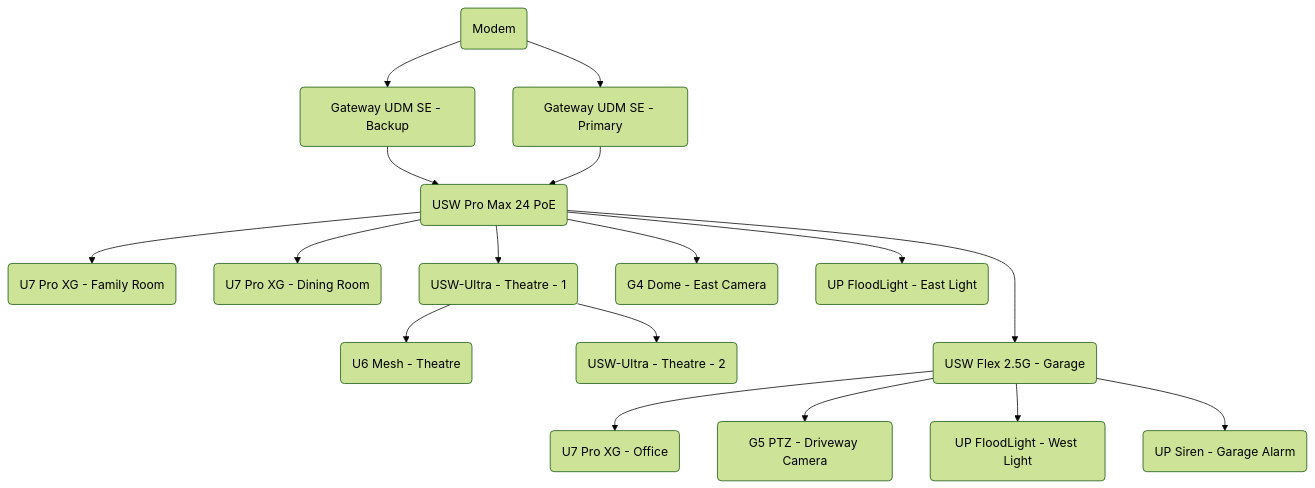
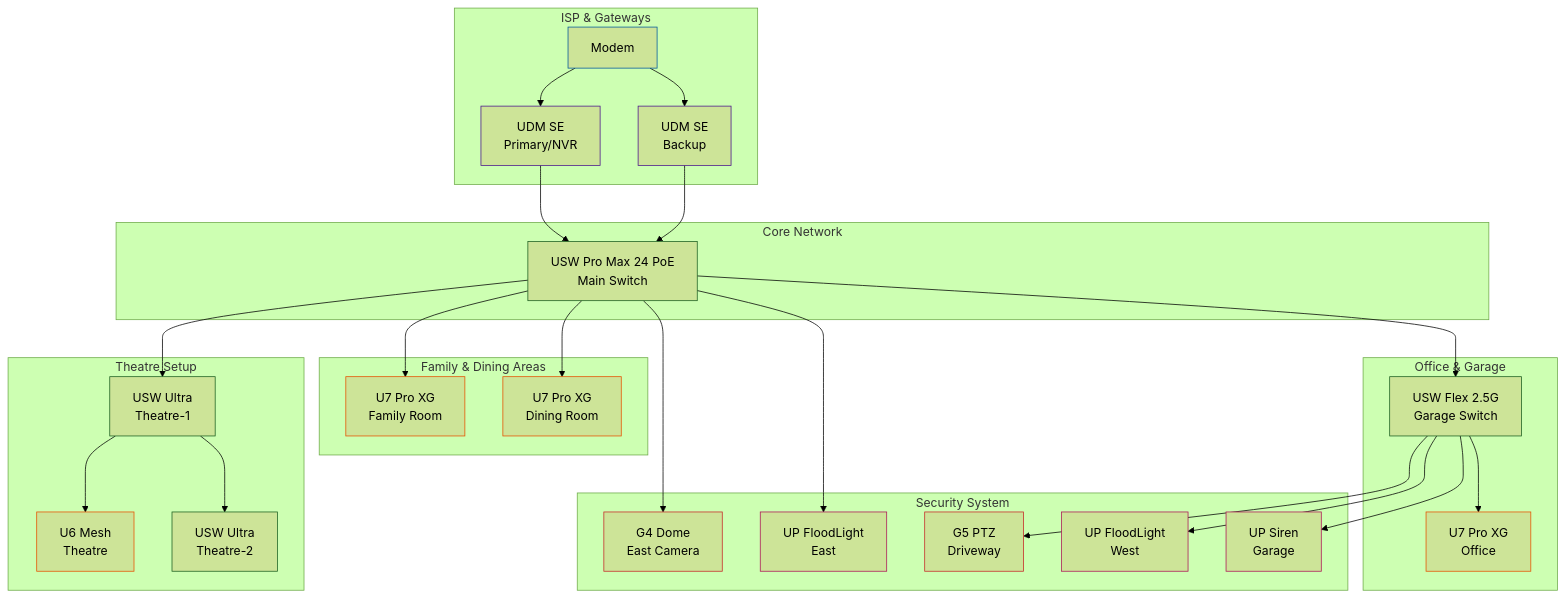
Before and after one commit to jaredfiorali/infrastructure: the third of 3 diagrams in README.md, drawn with Mermaid (forest theme). The commit also changed other lines of this file, not shown here.

Commit message:
Chart clarity updates

````diff
--- a/README.md
+++ b/README.md
@@ -243,19 +280,69 @@
 ```mermaid
 graph TD
-    A(Modem) --> B(Gateway UDM SE - Backup)
-    A(Modem) --> C(Gateway UDM SE - Primary)
-    B(Gateway UDM SE - Backup) --> D(USW Pro Max 24 PoE)
-    C(Gateway UDM SE - Primary) --> D(USW Pro Max 24 PoE)
-    D(USW Pro Max 24 PoE) --> E(U7 Pro XG - Family Room)
-    D(USW Pro Max 24 PoE) --> F(U7 Pro XG - Dining Room)
-    D(USW Pro Max 24 PoE) --> G(USW-Ultra - Theatre)
-    G(USW-Ultra - Theatre) --> H(U6 Mesh - Theatre)
-    G(USW-Ultra - Theatre - 1) --> O(USW-Ultra - Theatre - 2)
-    D(USW Pro Max 24 PoE) --> I(G4 Dome - East Camera)
-    D(USW Pro Max 24 PoE) --> J(UP FloodLight - East Light)
-    D(USW Pro Max 24 PoE) ---> K(USW Flex 2.5G - Garage)
-    K(USW Flex 2.5G - Garage) --> L(U7 Pro XG - Office)
-    K(USW Flex 2.5G - Garage) --> M(G5 PTZ - Driveway Camera)
-    K(USW Flex 2.5G - Garage) --> N(UP FloodLight - West Light)
-    K(USW Flex 2.5G - Garage) --> P(UP Siren - Garage Alarm)
+    subgraph "ISP & Gateways"
+        A[Modem]:::isp
+        B[UDM SE<br>Backup]:::gateway
+        C[UDM SE<br>Primary/NVR]:::gateway
+    end
+
+    subgraph "Core Network"
+        D[USW Pro Max 24 PoE<br>Main Switch]:::switch
+    end
+
+    subgraph "Family & Dining Areas"
+        E[U7 Pro XG<br>Family Room]:::wifi
+        F[U7 Pro XG<br>Dining Room]:::wifi
+    end
+
+    subgraph "Theatre Setup"
+        G[USW Ultra<br>Theatre-1]:::switch
+        H[U6 Mesh<br>Theatre]:::wifi
+        O[USW Ultra<br>Theatre-2]:::switch
+    end
+
+    subgraph "Security System"
+        I[G4 Dome<br>East Camera]:::camera
+        J[UP FloodLight<br>East]:::security
+        M[G5 PTZ<br>Driveway]:::camera
+        N[UP FloodLight<br>West]:::security
+        P[UP Siren<br>Garage]:::security
+    end
+
+    subgraph "Office & Garage"
+        K[USW Flex 2.5G<br>Garage Switch]:::switch
+        L[U7 Pro XG<br>Office]:::wifi
+    end
+
+    %% ISP connections
+    A --> B
+    A --> C
+
+    %% Gateway to main switch
+    B --> D
+    C --> D
+
+    %% Main switch to areas
+    D --> E
+    D --> F
+    D --> G
+    D --> I
+    D --> J
+    D --> K
+
+    %% Theatre connections
+    G --> H
+    G --> O
+
+    %% Garage switch connections
+    K --> L
+    K --> M
+    K --> N
+    K --> P
+
+classDef isp stroke:#01579b
+classDef gateway stroke:#4a148c
+classDef switch stroke:#1b5e20
+classDef wifi stroke:#e65100
+classDef camera stroke:#c62828
+classDef security stroke:#ad1457
 ```
````
